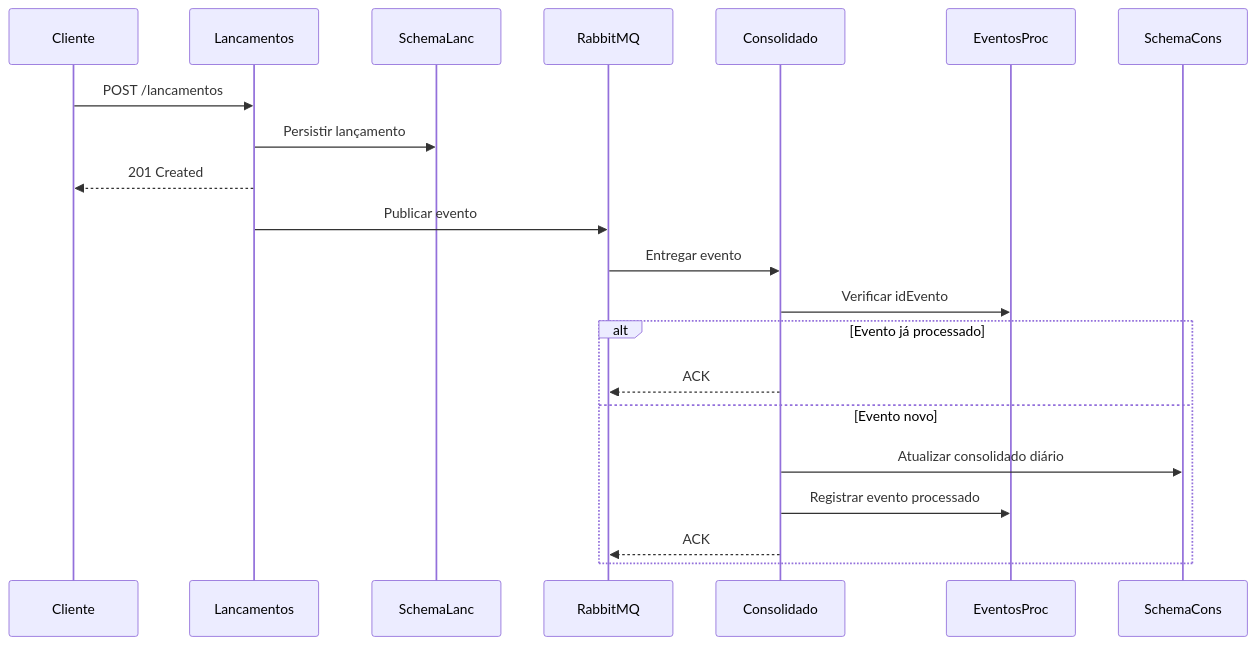
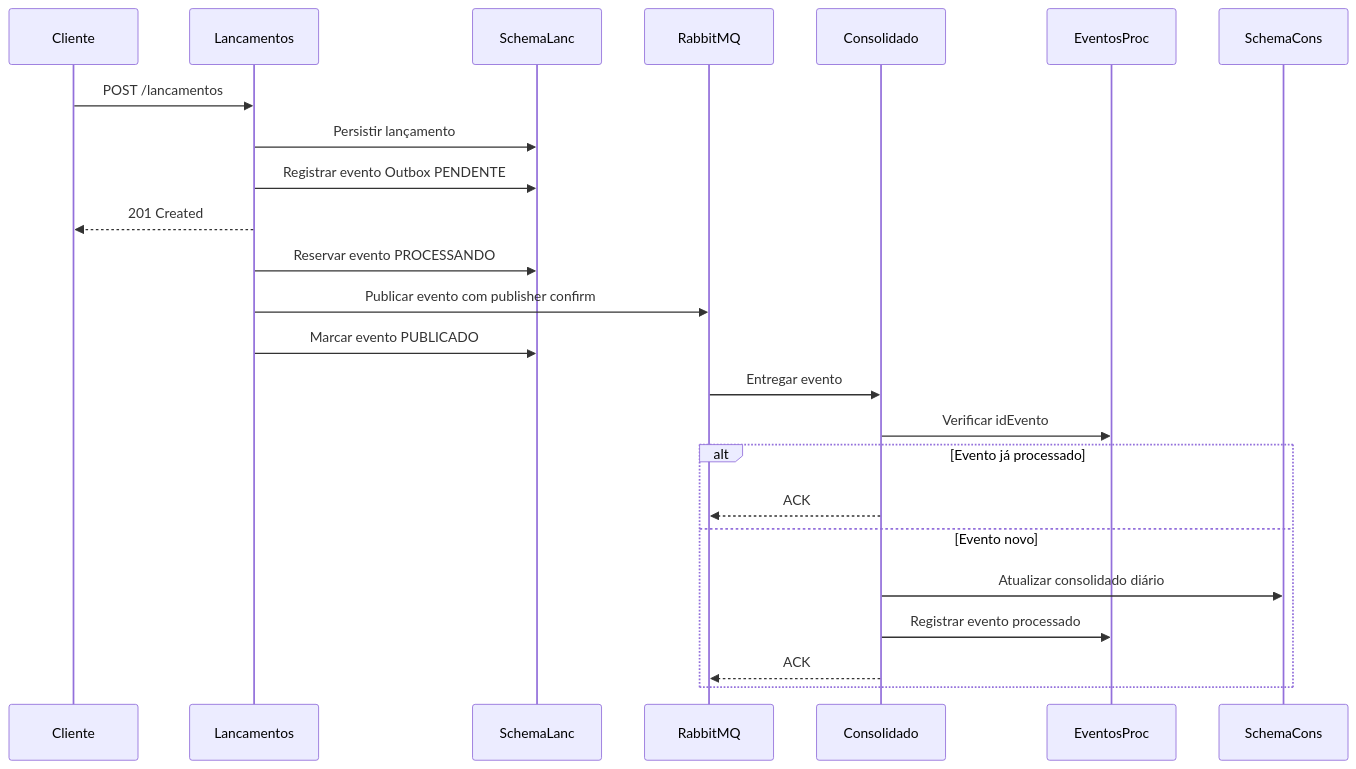
Before and after one commit to jbjares/servico-controle-lancamentos-consolidado: the diagram in docs/diagramas/mermaid/04-sequencia-lancamento.md, drawn with Mermaid. The commit also changed 97 other files, not shown here.

````diff
--- a/docs/diagramas/mermaid/04-sequencia-lancamento.md
+++ b/docs/diagramas/mermaid/04-sequencia-lancamento.md
@@ -1,24 +1,27 @@
 ```mermaid
 sequenceDiagram
     participant Cliente
     participant Lancamentos
     participant SchemaLanc
     participant MQ as RabbitMQ
     participant Consolidado
     participant EventosProc
     participant SchemaCons
 
     Cliente->>Lancamentos: POST /lancamentos
     Lancamentos->>SchemaLanc: Persistir lançamento
+    Lancamentos->>SchemaLanc: Registrar evento Outbox PENDENTE
     Lancamentos-->>Cliente: 201 Created
-    Lancamentos->>MQ: Publicar evento
+    Lancamentos->>SchemaLanc: Reservar evento PROCESSANDO
+    Lancamentos->>MQ: Publicar evento com publisher confirm
+    Lancamentos->>SchemaLanc: Marcar evento PUBLICADO
     MQ->>Consolidado: Entregar evento
     Consolidado->>EventosProc: Verificar idEvento
     alt Evento já processado
         Consolidado-->>MQ: ACK
     else Evento novo
         Consolidado->>SchemaCons: Atualizar consolidado diário
         Consolidado->>EventosProc: Registrar evento processado
         Consolidado-->>MQ: ACK
     end
 ```
````
